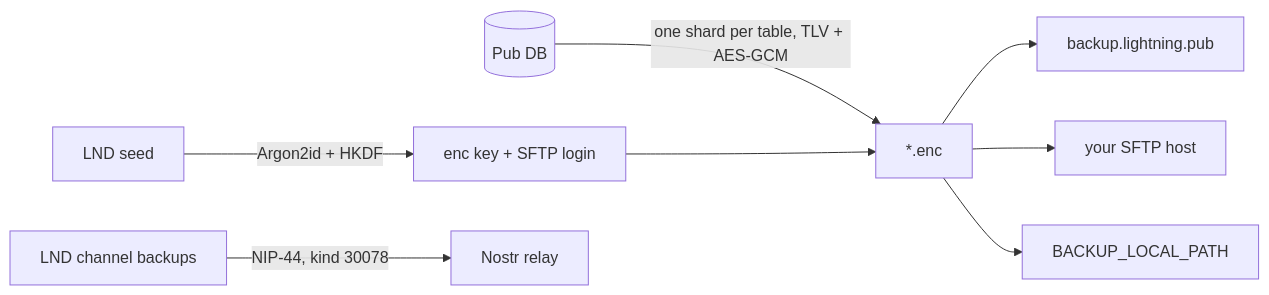
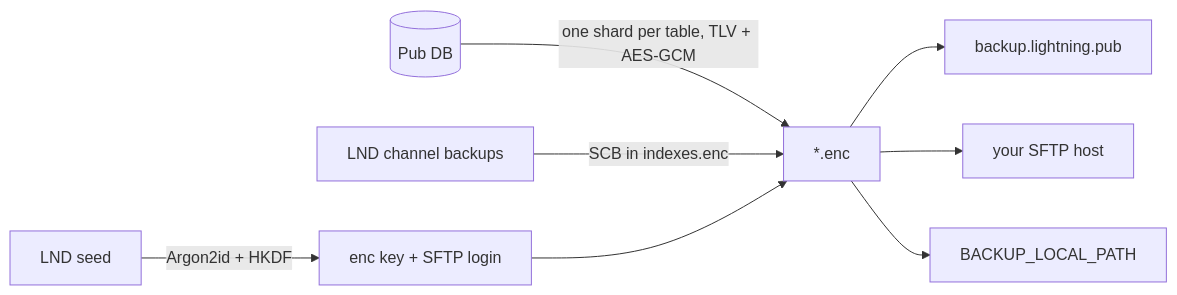
The diagram in BACKUPS.md (shocknet/Lightning.Pub), drawn with Mermaid before and after one commit. The commit also changed other lines of this file and 18 other files, not shown here.

Commit message:
scb to indexes

````diff
--- a/BACKUPS.md
+++ b/BACKUPS.md
@@ -15,10 +15,10 @@
 ```mermaid
 flowchart LR
   Seed[LND seed] -->|Argon2id + HKDF| Keys[enc key + SFTP login]
   DB[(Pub DB)] -->|one shard per table, TLV + AES-GCM| Shards[*.enc]
+  LND[LND channel backups] -->|SCB in indexes.enc| Shards
   Keys --> Shards
   Shards --> Cloud[backup.lightning.pub]
   Shards --> Own[your SFTP host]
   Shards --> Local[BACKUP_LOCAL_PATH]
-  LND[LND channel backups] -->|NIP-44, kind 30078| Relay[Nostr relay]
 ```
````
